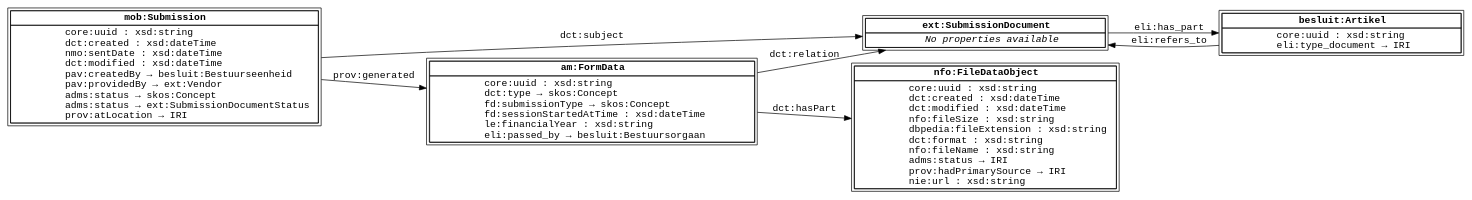
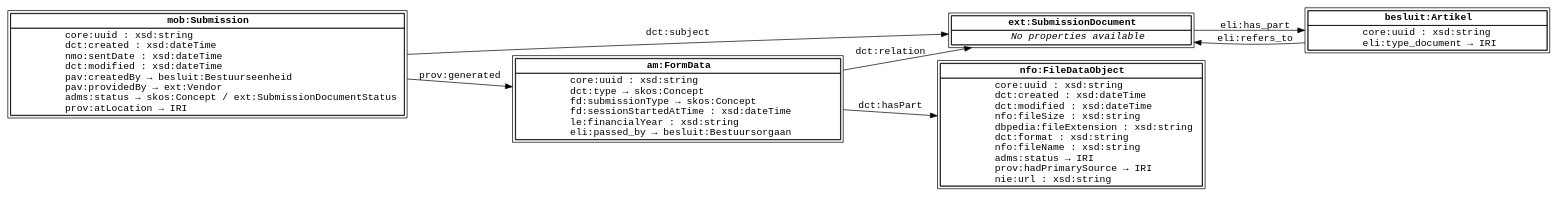
One commit to lblod/pages-vendors changed the diagram in DiagramsSource/erediensten-toezichtsdatabank-sparql.dot. Above: the diagram before and after it, drawn with Graphviz.

Commit message:
Diagrams: merge two properties for clarity

```diff
--- a/DiagramsSource/erediensten-toezichtsdatabank-sparql.dot
+++ b/DiagramsSource/erediensten-toezichtsdatabank-sparql.dot
@@ -1,100 +1,99 @@
 digraph SubmissionData {
   node [shape="box", peripheries=2, margin=0, fontname="Monospace"];
   edge [fontname="Monospace"]
   rankdir="LR"
 
   Submission [label=<
     <table border="0" cellspacing="0" cellborder="1">
       <tr>
         <td><b>mob:Submission</b></td>
       </tr>
       <tr>
         <td balign="left">
           core:uuid : xsd:string <br/>
           dct:created : xsd:dateTime <br/>
           nmo:sentDate : xsd:dateTime <br/>
           dct:modified : xsd:dateTime <br/>
           pav:createdBy → besluit:Bestuurseenheid <br/>
           pav:providedBy → ext:Vendor <br/>
-          adms:status → skos:Concept <br/>
-          adms:status → ext:SubmissionDocumentStatus <br/>
+          adms:status → skos:Concept / ext:SubmissionDocumentStatus <br/>
           prov:atLocation → IRI
         </td>
       </tr>
     </table>
   >];
 
   SubmissionDocument [label=<
     <table border="0" cellspacing="0" cellborder="1">
       <tr>
         <td><b>ext:SubmissionDocument</b></td>
       </tr>
       <tr>
         <td>
           <i>No properties available</i>
         </td>
       </tr>
     </table>
   >];
 
   Artikel [label=<
     <table border="0" cellspacing="0" cellborder="1">
       <tr>
         <td><b>besluit:Artikel</b></td>
       </tr>
       <tr>
         <td balign="left">
           core:uuid : xsd:string <br/>
           eli:type_document → IRI
         </td>
       </tr>
     </table>
   >];
 
   FormData [label=<
     <table border="0" cellspacing="0" cellborder="1">
       <tr>
         <td><b>am:FormData</b></td>
       </tr>
       <tr>
         <td balign="left">
           core:uuid : xsd:string <br/>
           dct:type → skos:Concept <br/>
           fd:submissionType → skos:Concept <br/>
           fd:sessionStartedAtTime : xsd:dateTime <br/>
           le:financialYear : xsd:string <br/>
           eli:passed_by → besluit:Bestuursorgaan
         </td>
       </tr>
     </table>
   >];
 
   File [label=<
     <table border="0" cellspacing="0" cellborder="1">
       <tr>
         <td><b>nfo:FileDataObject</b></td>
       </tr>
       <tr>
         <td balign="left">
           core:uuid : xsd:string <br/>
           dct:created : xsd:dateTime <br/>
           dct:modified : xsd:dateTime <br/>
           nfo:fileSize : xsd:string <br/>
           dbpedia:fileExtension : xsd:string <br/>
           dct:format : xsd:string <br/>
           nfo:fileName : xsd:string <br/>
           adms:status → IRI <br/>
           prov:hadPrimarySource → IRI <br/>
           nie:url : xsd:string
         </td>
       </tr>
     </table>
   >];
 
   Submission -> SubmissionDocument [label="dct:subject"];
   Submission -> FormData [label="prov:generated"];
   SubmissionDocument -> Artikel [label="eli:has_part"];
   Artikel -> SubmissionDocument [label="eli:refers_to"];
   FormData -> File [label="dct:hasPart"];
   FormData -> SubmissionDocument [label="dct:relation"];
 }
```
